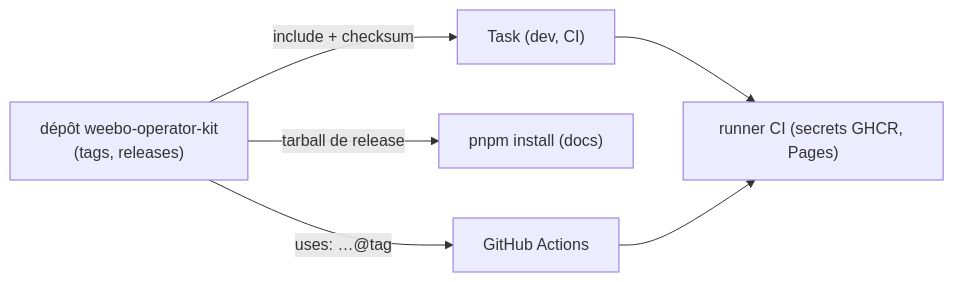
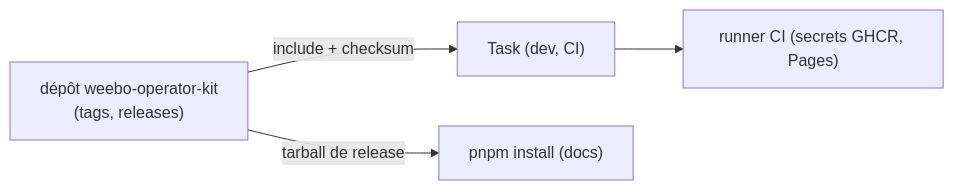
The fourth of 4 diagrams in .rfc/0005-adopt-weebo-operator-kit.md (batleforc/ProxyAuthK8S), drawn with Mermaid before and after one commit. The commit also changed other lines of this file and 12 other files, not shown here.

````diff
--- a/.rfc/0005-adopt-weebo-operator-kit.md
+++ b/.rfc/0005-adopt-weebo-operator-kit.md
@@ -372,8 +451,6 @@
 ```mermaid
 flowchart LR
     K["dépôt weebo-operator-kit<br/>(tags, releases)"] -- "include + checksum" --> T["Task (dev, CI)"]
     K -- "tarball de release" --> N["pnpm install (docs)"]
-    K -- "uses: …@tag" --> A["GitHub Actions"]
     T --> R["runner CI (secrets GHCR, Pages)"]
-    A --> R
 ```
````
